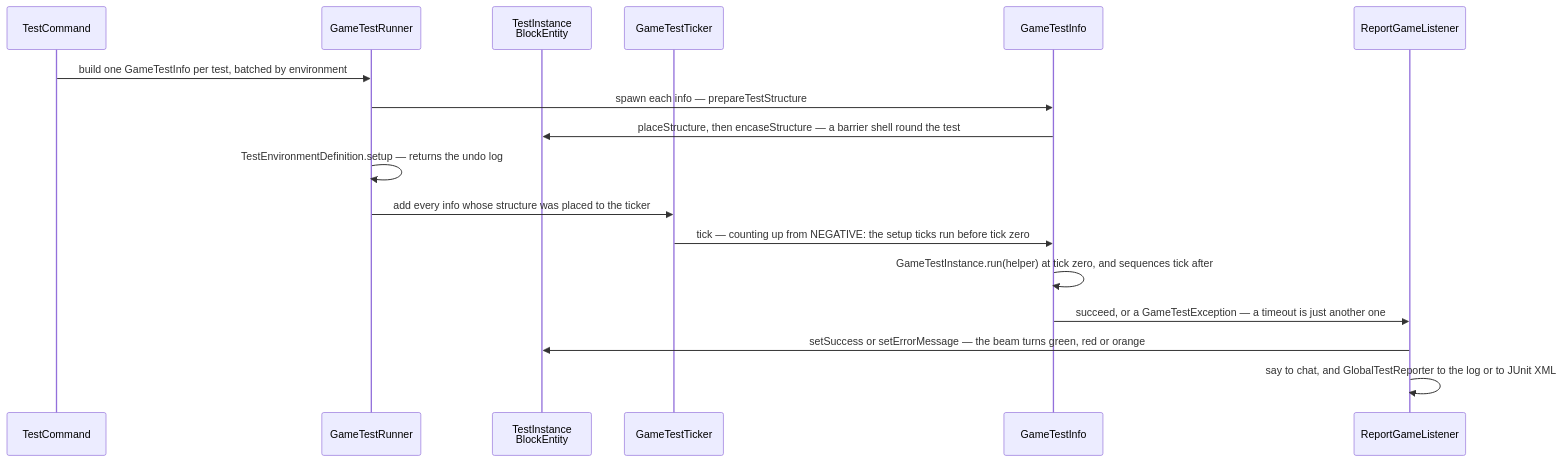
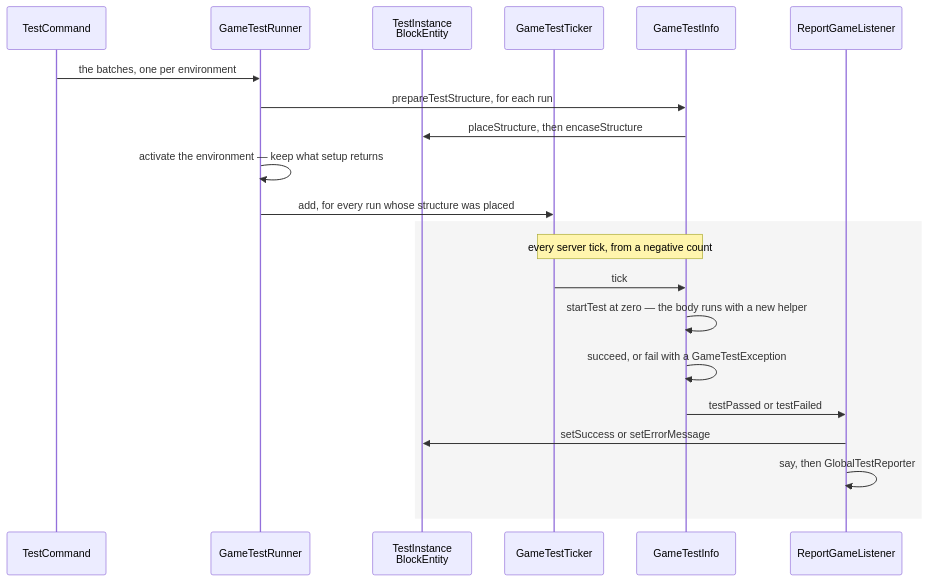
The second of 2 diagrams in src/systems/commands/game-tests.md (AlexanderjFraser/MinecraftDocs), drawn with Mermaid before and after one commit. The commit also changed other lines of this file and 16 other files, not shown here.

````diff
--- a/src/systems/commands/game-tests.md
+++ b/src/systems/commands/game-tests.md
@@ -96,20 +113,24 @@
 ```mermaid
 sequenceDiagram
     participant TC as TestCommand
     participant GTR as GameTestRunner
     participant TIB as TestInstance<br/>BlockEntity
     participant GTT as GameTestTicker
     participant GI as GameTestInfo
     participant RGL as ReportGameListener
 
-    TC->>GTR: build one GameTestInfo per test, batched by environment
-    GTR->>GI: spawn each info — prepareTestStructure
-    GI->>TIB: placeStructure, then encaseStructure — a barrier shell round the test
-    GTR->>GTR: TestEnvironmentDefinition.setup — returns the undo log
-    GTR->>GTT: add every info whose structure was placed to the ticker
-    GTT->>GI: tick — counting up from NEGATIVE: the setup ticks run before tick zero
-    GI->>GI: GameTestInstance.run(helper) at tick zero, and sequences tick after
-    GI->>RGL: succeed, or a GameTestException — a timeout is just another one
-    RGL->>TIB: setSuccess or setErrorMessage — the beam turns green, red or orange
-    RGL->>RGL: say to chat, and GlobalTestReporter to the log or to JUnit XML
+    TC->>GTR: the batches, one per environment
+    GTR->>GI: prepareTestStructure, for each run
+    GI->>TIB: placeStructure, then encaseStructure
+    GTR->>GTR: activate the environment — keep what setup returns
+    GTR->>GTT: add, for every run whose structure was placed
+    rect rgba(0, 0, 0, 0.04)
+    Note over GTT,GI: every server tick, from a negative count
+    GTT->>GI: tick
+    GI->>GI: startTest at zero — the body runs with a new helper
+    GI->>GI: succeed, or fail with a GameTestException
+    GI->>RGL: testPassed or testFailed
+    RGL->>TIB: setSuccess or setErrorMessage
+    RGL->>RGL: say, then GlobalTestReporter
+    end
 ```
````
